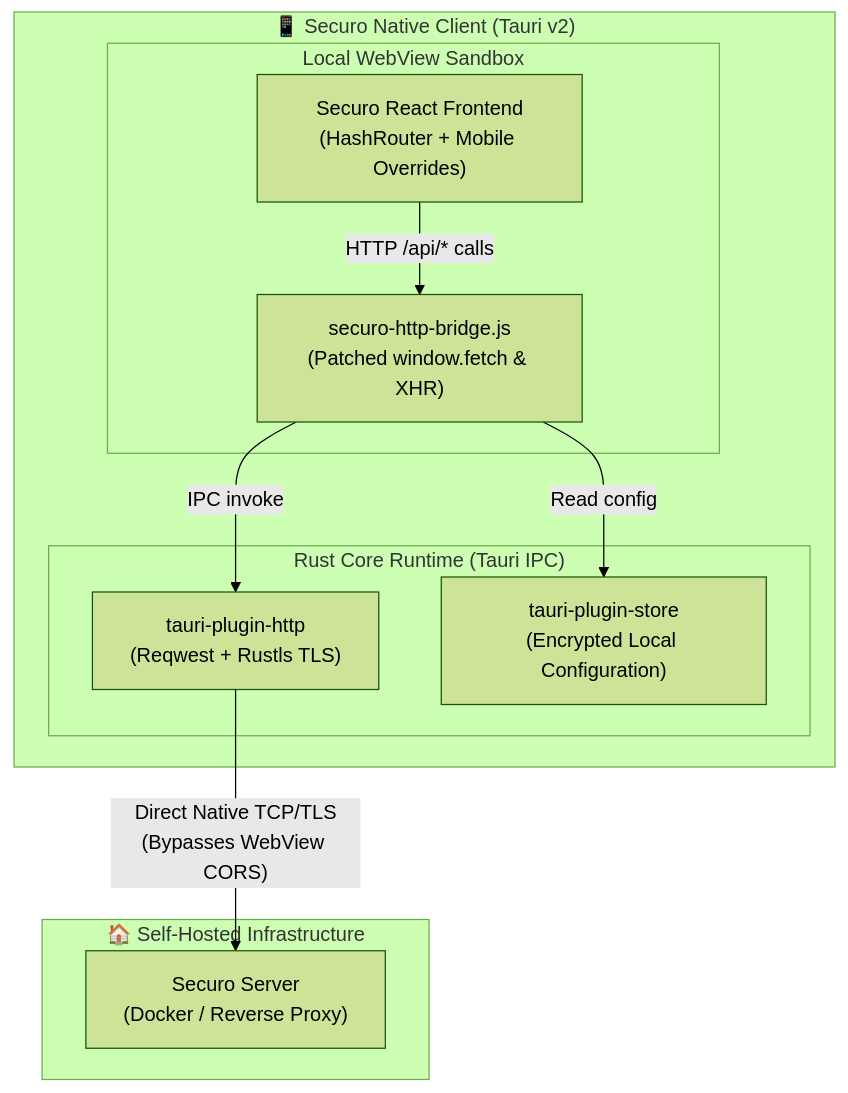
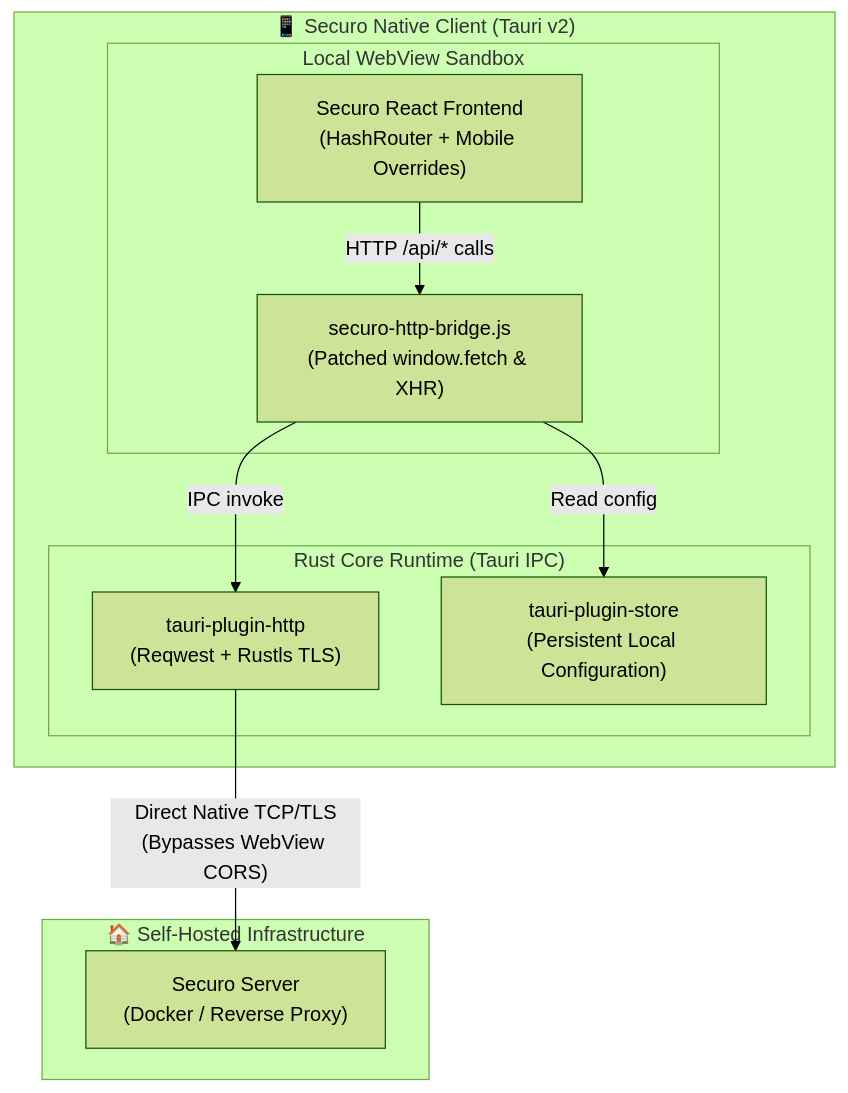
The diagram in README.md (Marcelo-maga/securo-client), drawn with Mermaid (forest theme) before and after one commit. The commit also changed other lines of this file and 2 other files, not shown here.

Commit message:
docs: align architecture pipeline diagram and contribution guidelines

````diff
--- a/README.md
+++ b/README.md
@@ -58,23 +58,23 @@
 ```mermaid
 flowchart TD
     subgraph MobileApp["📱 Securo Native Client (Tauri v2)"]
         subgraph WebView["Local WebView Sandbox"]
             UI["Securo React Frontend\n(HashRouter + Mobile Overrides)"]
             Bridge["securo-http-bridge.js\n(Patched window.fetch & XHR)"]
             UI -->|"HTTP /api/* calls"| Bridge
         end
 
         subgraph RustCore["Rust Core Runtime (Tauri IPC)"]
             PluginHttp["tauri-plugin-http\n(Reqwest + Rustls TLS)"]
-            Store["tauri-plugin-store\n(Encrypted Local Configuration)"]
+            Store["tauri-plugin-store\n(Persistent Local Configuration)"]
             Bridge -->|"IPC invoke"| PluginHttp
             Bridge -->|"Read config"| Store
         end
     end
 
     subgraph Homelab["🏠 Self-Hosted Infrastructure"]
         Server["Securo Server\n(Docker / Reverse Proxy)"]
     end
 
     PluginHttp -->|"Direct Native TCP/TLS\n(Bypasses WebView CORS)"| Server
 ```
````
